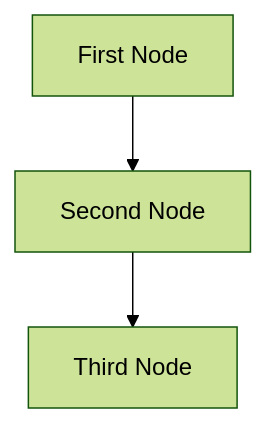
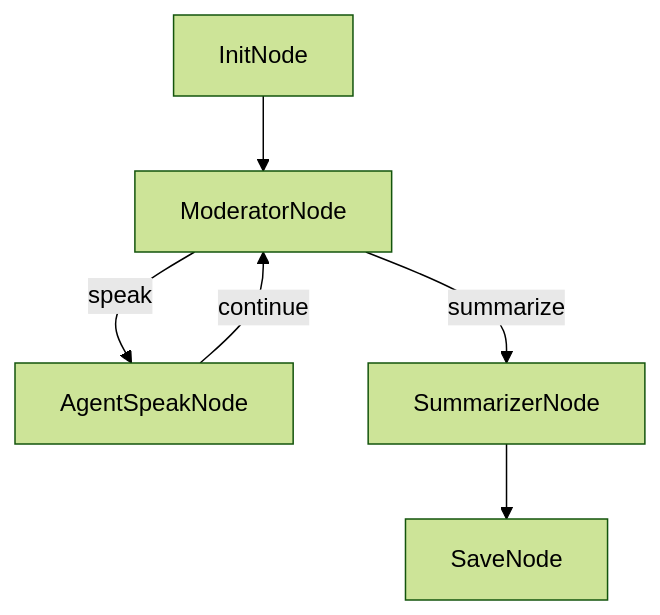
Before and after one commit to nickth3man/chat-agent: the diagram in docs/design.md, drawn with Mermaid (forest theme). The commit also changed other lines of this file and 16 other files, not shown here.

````diff
--- a/docs/design.md
+++ b/docs/design.md
@@ -30,5 +37,8 @@
 ```mermaid
 flowchart TD
-    firstNode[First Node] --> secondNode[Second Node]
-    secondNode --> thirdNode[Third Node]
+    init[InitNode] --> moderator[ModeratorNode]
+    moderator -->|speak| agent[AgentSpeakNode]
+    moderator -->|summarize| summary[SummarizerNode]
+    agent -->|continue| moderator
+    summary --> save[SaveNode]
 ```
````
